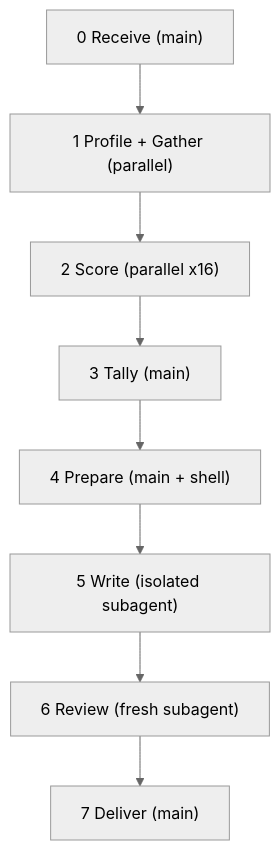
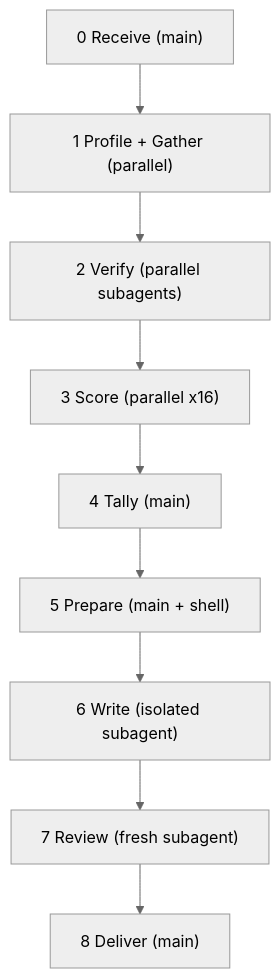
One commit to cppalliance/tools-public changed the diagram in tools-wg21/cheat-finder.md. Above: the diagram before and after it, drawn with Mermaid (neutral theme). The commit also changed other lines of this file, not shown here.

````diff
--- a/tools-wg21/cheat-finder.md
+++ b/tools-wg21/cheat-finder.md
@@ -19,10 +19,11 @@
 ```mermaid
 flowchart TD
     S0["0 Receive (main)"] --> S1["1 Profile + Gather (parallel)"]
-    S1 --> S2["2 Score (parallel x16)"]
-    S2 --> S3["3 Tally (main)"]
-    S3 --> S4["4 Prepare (main + shell)"]
-    S4 --> S5["5 Write (isolated subagent)"]
-    S5 --> S6["6 Review (fresh subagent)"]
-    S6 --> S7["7 Deliver (main)"]
+    S1 --> S2["2 Verify (parallel subagents)"]
+    S2 --> S3["3 Score (parallel x16)"]
+    S3 --> S4["4 Tally (main)"]
+    S4 --> S5["5 Prepare (main + shell)"]
+    S5 --> S6["6 Write (isolated subagent)"]
+    S6 --> S7["7 Review (fresh subagent)"]
+    S7 --> S8["8 Deliver (main)"]
 ```
````
